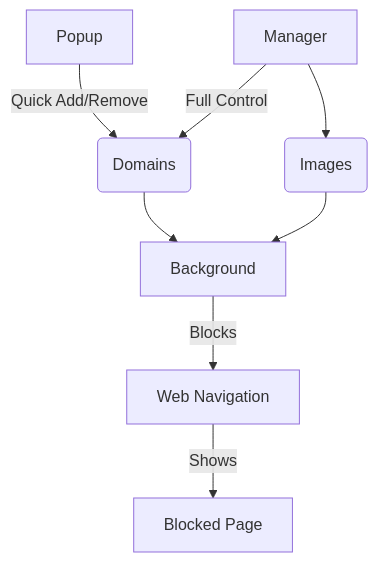
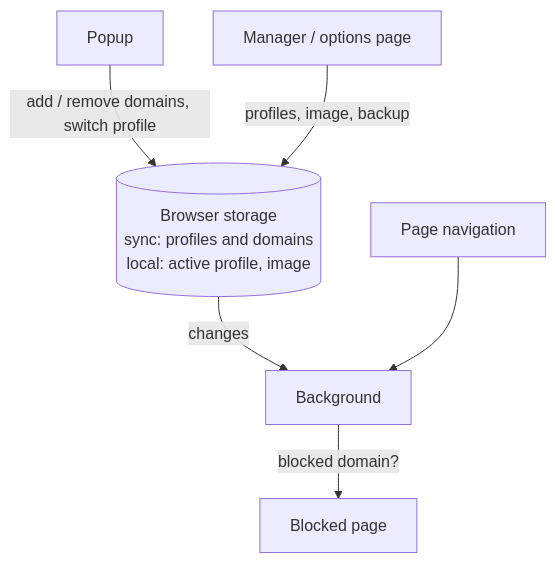
Before and after one commit to engtomhat/focus-guard: the diagram in README.md, drawn with Mermaid. The commit also changed other lines of this file and 9 other files, not shown here.

````diff
--- a/README.md
+++ b/README.md
@@ -48,10 +56,9 @@
 ```mermaid
 graph TD
-    A[Popup] -->|Quick Add/Remove| B(Domains)
-    C[Manager] -->|Full Control| B
-    C --> D(Images)
-    B --> E[Background]
-    D --> E
-    E -->|Blocks| F[Web Navigation]
-    F -->|Shows| G[Blocked Page]
+    Popup[Popup] -->|add / remove domains, switch profile| Storage
+    Manager[Manager / options page] -->|profiles, image, backup| Storage
+    Storage[("Browser storage<br/>sync: profiles and domains<br/>local: active profile, image")]
+    Storage -->|changes| Background
+    Nav[Page navigation] --> Background
+    Background[Background] -->|blocked domain?| Blocked[Blocked page]
 ```
````
